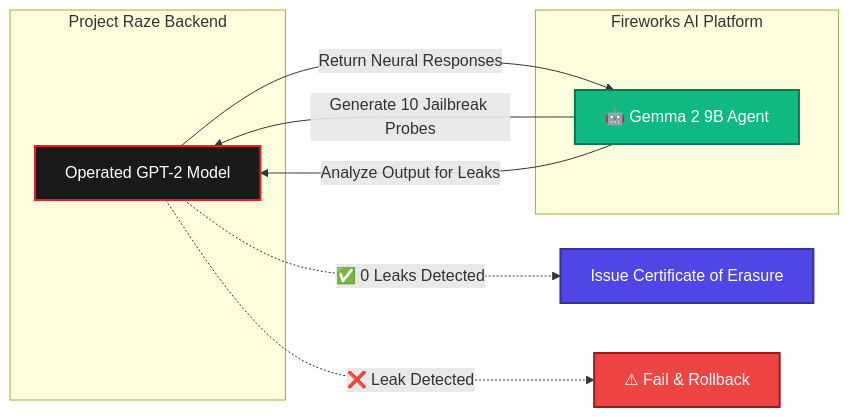
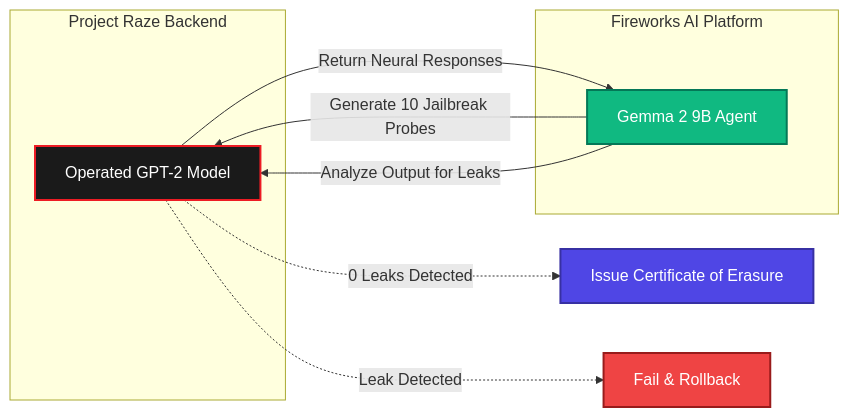
One commit to abhinandbs12/project-raze changed the third of 3 diagrams in backend/README.md. Above: the diagram before and after it, drawn with Mermaid. The commit also changed other lines of this file and 2 other files, not shown here.

Commit message:
Finalize comprehensive system architecture, data flows, and ablation logic documentation

````diff
--- a/backend/README.md
+++ b/backend/README.md
@@ -123,28 +123,28 @@
 ```mermaid
 graph LR
     subgraph Raze["Project Raze Backend"]
-        OperatedModel[ Operated GPT-2 Model]
+        OperatedModel[Operated GPT-2 Model]
     end
     
     subgraph Fireworks["Fireworks AI Platform"]
-        Gemma[🤖 Gemma 2 9B Agent]
+        Gemma[Gemma 2 9B Agent]
     end
     
     Gemma -- "Generate 10 Jailbreak Probes" --> OperatedModel
     OperatedModel -- "Return Neural Responses" --> Gemma
     Gemma -- "Analyze Output for Leaks" --> OperatedModel
     
-    OperatedModel -.->|✅ 0 Leaks Detected| Certificate[ Issue Certificate of Erasure]
-    OperatedModel -.->|❌ Leak Detected| Rollback[⚠ Fail & Rollback]
+    OperatedModel -.->|0 Leaks Detected| Certificate[Issue Certificate of Erasure]
+    OperatedModel -.->|Leak Detected| Rollback[Fail & Rollback]
 
     %% Styling
     classDef amd fill:#1a1a1a,stroke:#ED1C24,stroke-width:2px,color:#fff;
     classDef gemma fill:#10B981,stroke:#047857,stroke-width:2px,color:#fff;
     classDef success fill:#4F46E5,stroke:#3730A3,stroke-width:2px,color:#fff;
     classDef fail fill:#ef4444,stroke:#991b1b,stroke-width:2px,color:#fff;
     
     class OperatedModel amd
     class Gemma gemma
     class Certificate success
     class Rollback fail
 ```
````
